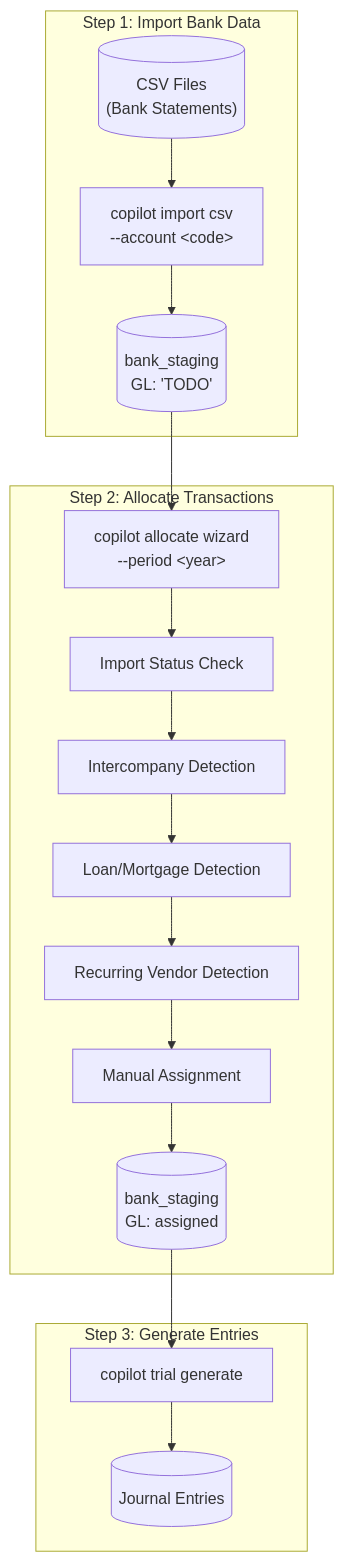
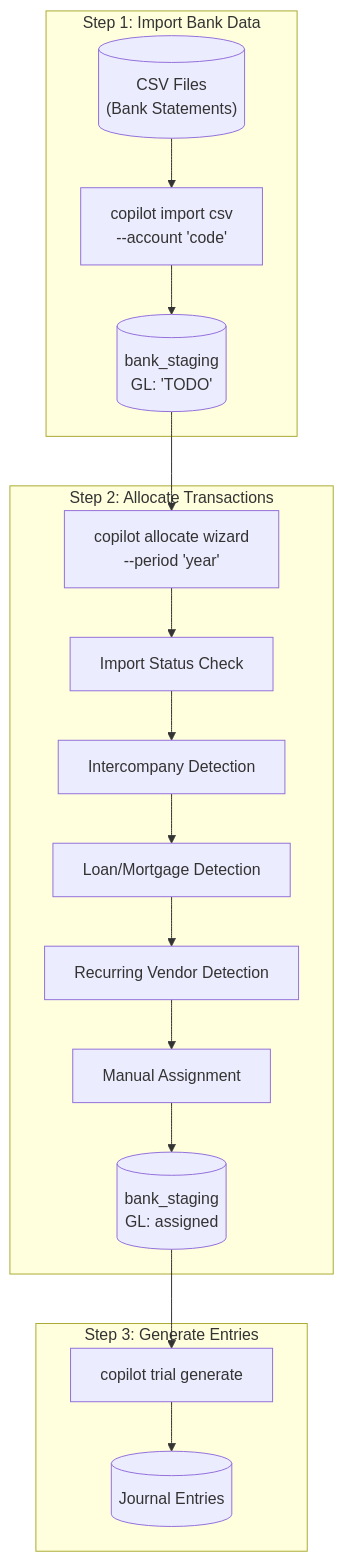
The first of 7 diagrams in docs/import-and-wizard-guide.md (bgs-fbreen/copilot_db-development), drawn with Mermaid before and after one commit.

Commit message:
Fix HTML entities in Mermaid diagrams - use single quotes instead

````diff
--- a/docs/import-and-wizard-guide.md
+++ b/docs/import-and-wizard-guide.md
@@ -30,29 +30,29 @@
 ```mermaid
 flowchart TB
     subgraph Import["Step 1: Import Bank Data"]
         CSV[("CSV Files<br/>(Bank Statements)")]
-        CMD1["copilot import csv<br/>--account &lt;code&gt;"]
+        CMD1["copilot import csv<br/>--account 'code'"]
         STAGING1[("bank_staging<br/>GL: 'TODO'")]
         CSV --> CMD1 --> STAGING1
     end
     
     subgraph Allocate["Step 2: Allocate Transactions"]
-        CMD2["copilot allocate wizard<br/>--period &lt;year&gt;"]
+        CMD2["copilot allocate wizard<br/>--period 'year'"]
         S1["Import Status Check"]
         S2["Intercompany Detection"]
         S3["Loan/Mortgage Detection"]
         S4["Recurring Vendor Detection"]
         S5["Manual Assignment"]
         STAGING2[("bank_staging<br/>GL: assigned")]
         
         CMD2 --> S1 --> S2 --> S3 --> S4 --> S5 --> STAGING2
     end
     
     subgraph Post["Step 3: Generate Entries"]
         CMD3["copilot trial generate"]
         JOURNAL[("Journal Entries")]
         STAGING2 --> CMD3 --> JOURNAL
     end
     
     STAGING1 --> CMD2
 ```
````
